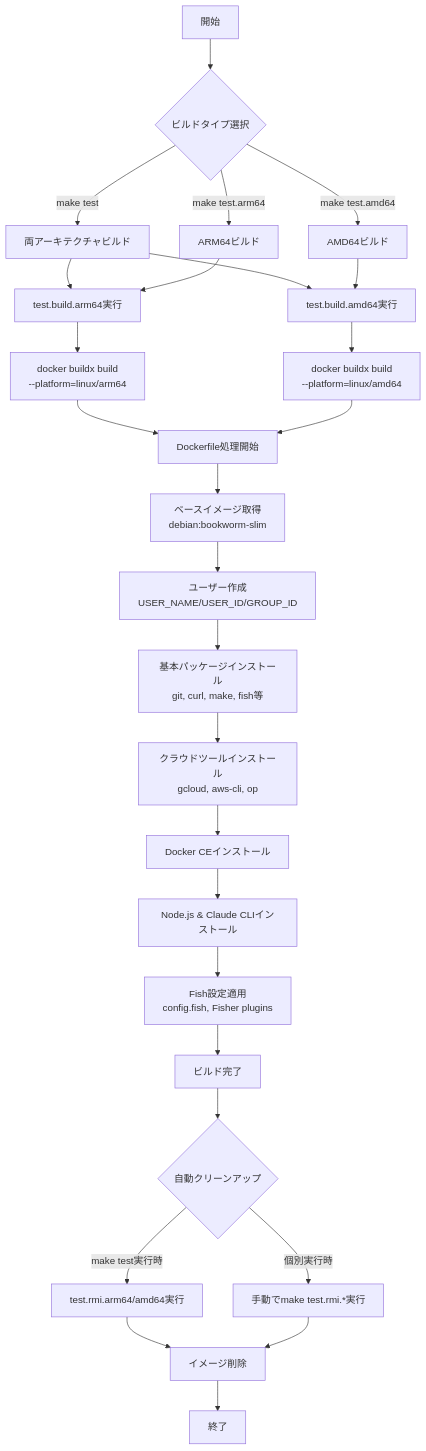
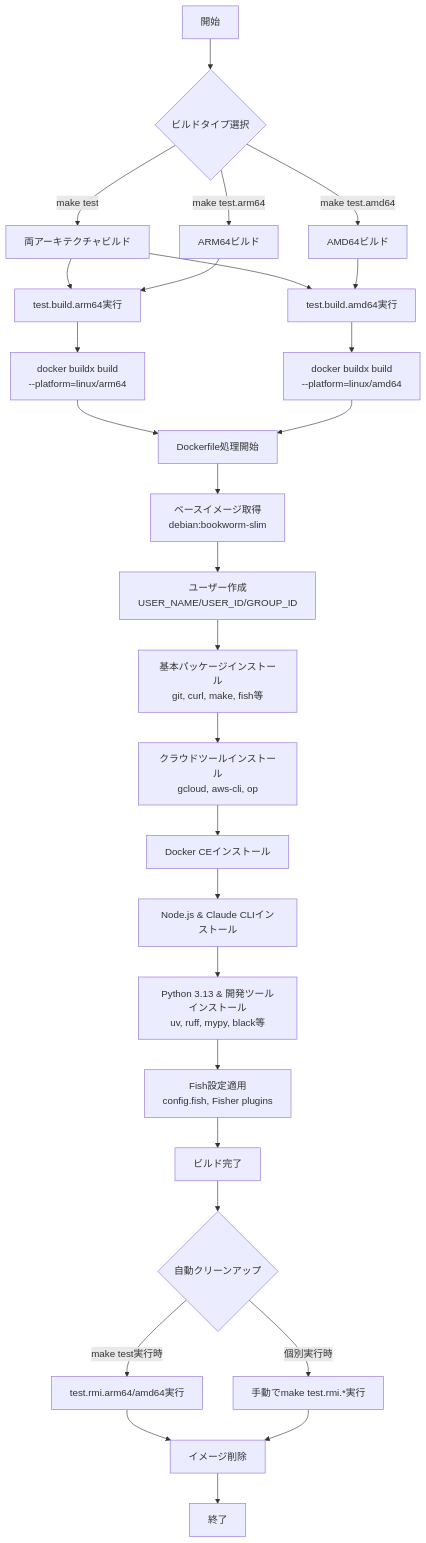
One commit to kumanoryo/dot-devcontainer-debian-fish-bookworm changed the first of 2 diagrams in README.md. Above: the diagram before and after it, drawn with Mermaid. The commit also changed other lines of this file and 3 other files, not shown here.

````diff
--- a/README.md
+++ b/README.md
@@ -27,36 +28,37 @@
 ```mermaid
 flowchart TD
     A[開始] --> B{ビルドタイプ選択}
     B -->|make test| C[両アーキテクチャビルド]
     B -->|make test.arm64| D[ARM64ビルド]
     B -->|make test.amd64| E[AMD64ビルド]
     
     C --> F[test.build.arm64実行]
     C --> G[test.build.amd64実行]
     
     D --> F
     E --> G
     
     F --> H[docker buildx build<br/>--platform=linux/arm64]
     G --> I[docker buildx build<br/>--platform=linux/amd64]
     
     H --> J[Dockerfile処理開始]
     I --> J
     
     J --> K[ベースイメージ取得<br/>debian:bookworm-slim]
     K --> L[ユーザー作成<br/>USER_NAME/USER_ID/GROUP_ID]
     L --> M[基本パッケージインストール<br/>git, curl, make, fish等]
     M --> N[クラウドツールインストール<br/>gcloud, aws-cli, op]
     N --> O[Docker CEインストール]
     O --> P[Node.js & Claude CLIインストール]
-    P --> Q[Fish設定適用<br/>config.fish, Fisher plugins]
+    P --> P2[Python 3.13 & 開発ツールインストール<br/>uv, ruff, mypy, black等]
+    P2 --> Q[Fish設定適用<br/>config.fish, Fisher plugins]
     Q --> R[ビルド完了]
     
     R --> S{自動クリーンアップ}
     S -->|make test実行時| T[test.rmi.arm64/amd64実行]
     S -->|個別実行時| U[手動でmake test.rmi.*実行]
     
     T --> V[イメージ削除]
     U --> V
     V --> W[終了]
 ```
````
